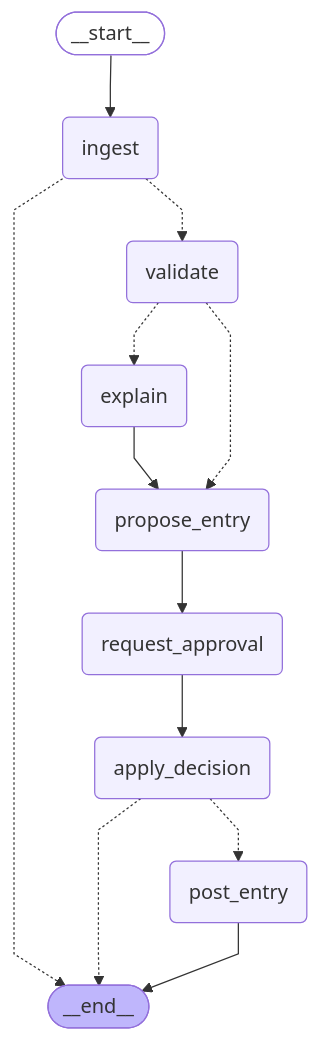
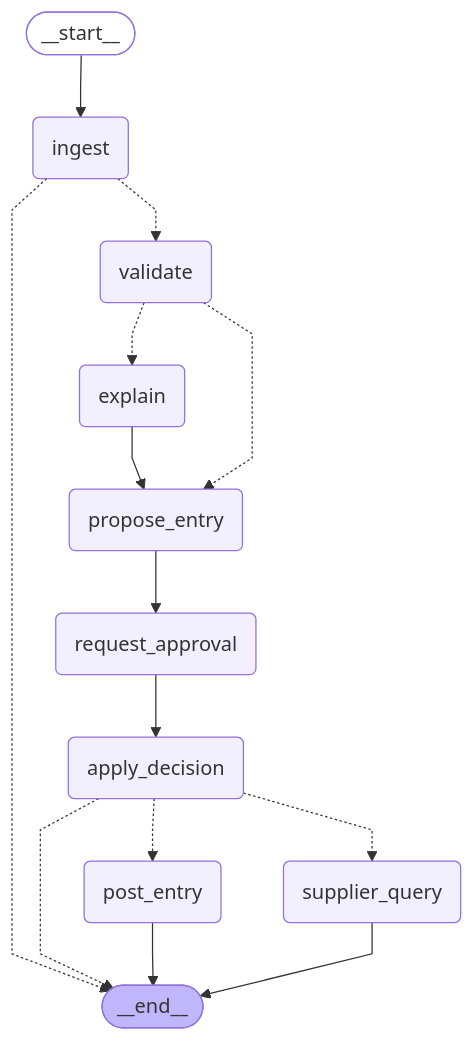
The diagram in README.md (RomeoCorrec/Invoice_Agent), drawn with Mermaid before and after one commit. The commit also changed other lines of this file and 5 other files, not shown here.

````diff
--- a/README.md
+++ b/README.md
@@ -97,31 +97,34 @@
 ```mermaid
 ---
 config:
   flowchart:
     curve: linear
 ---
 graph TD;
 	__start__([<p>__start__</p>]):::first
 	ingest(ingest)
 	validate(validate)
 	explain(explain)
 	propose_entry(propose_entry)
 	request_approval(request_approval)
 	apply_decision(apply_decision)
 	post_entry(post_entry)
+	supplier_query(supplier_query)
 	__end__([<p>__end__</p>]):::last
 	__start__ --> ingest;
 	apply_decision -.-> __end__;
 	apply_decision -.-> post_entry;
+	apply_decision -.-> supplier_query;
 	explain --> propose_entry;
 	ingest -.-> __end__;
 	ingest -.-> validate;
 	propose_entry --> request_approval;
 	request_approval --> apply_decision;
 	validate -.-> explain;
 	validate -.-> propose_entry;
 	post_entry --> __end__;
+	supplier_query --> __end__;
 	classDef default fill:#f2f0ff,line-height:1.2
 	classDef first fill-opacity:0
 	classDef last fill:#bfb6fc
 ```
````
